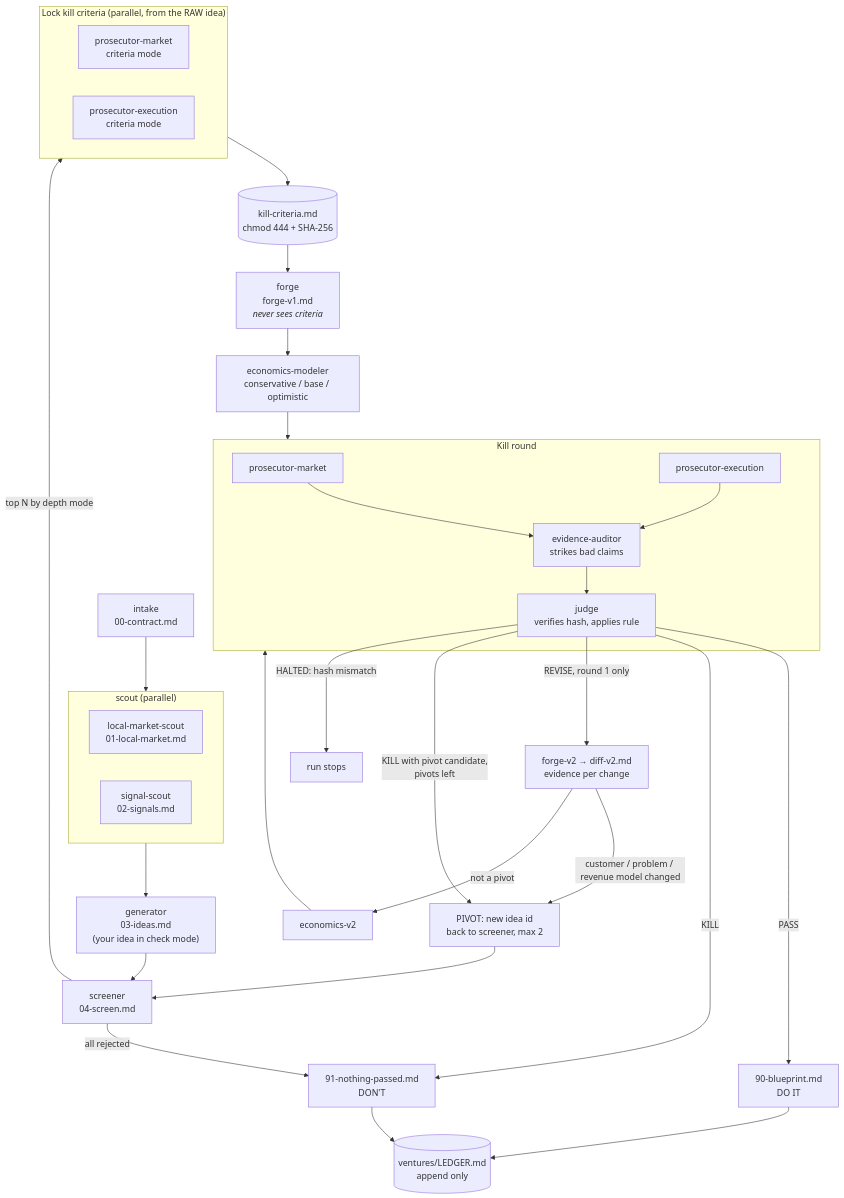
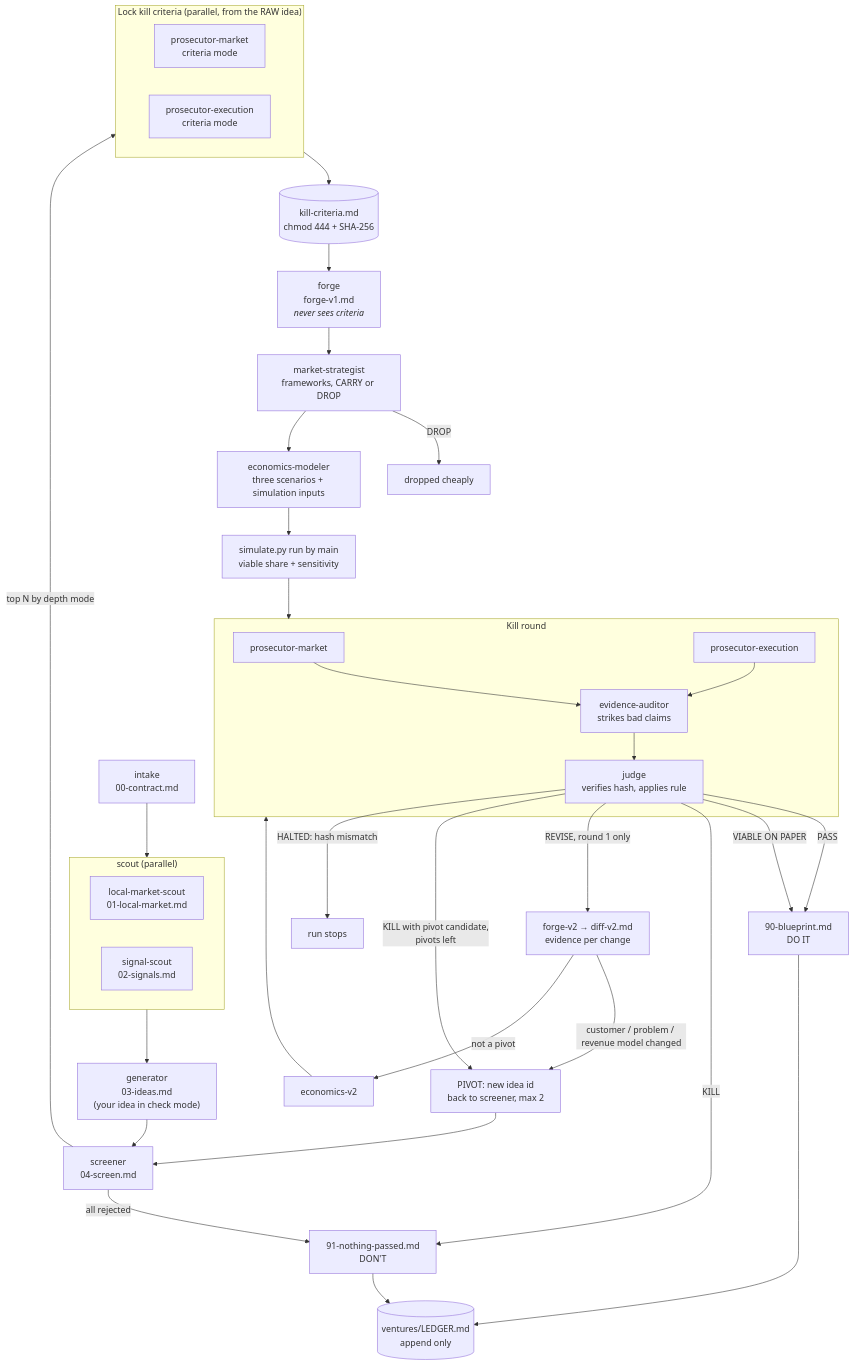
Before and after one commit to ansharora2028-spec/founders-lab: the diagram in README.md, drawn with Mermaid. The commit also changed other lines of this file and 42 other files, not shown here.

First line of the commit message:
v0.5.0: fair to small towns, full framework check, simulation, VIABLE ON PAPER

````diff
--- a/README.md
+++ b/README.md
@@ -172,37 +200,41 @@
 ```mermaid
 flowchart TD
     A["intake<br/>00-contract.md"] --> B
     subgraph B["scout (parallel)"]
         B1[local-market-scout<br/>01-local-market.md]
         B2[signal-scout<br/>02-signals.md]
     end
     B --> C["generator<br/>03-ideas.md<br/>(your idea in check mode)"]
     C --> D[screener<br/>04-screen.md]
     D -->|top N by depth mode| E
     D -->|all rejected| N
     subgraph E["Lock kill criteria (parallel, from the RAW idea)"]
         E1[prosecutor-market<br/>criteria mode]
         E2[prosecutor-execution<br/>criteria mode]
     end
     E --> L[(kill-criteria.md<br/>chmod 444 + SHA-256)]
     L --> F[forge<br/>forge-v1.md<br/><i>never sees criteria</i>]
-    F --> G[economics-modeler<br/>conservative / base / optimistic]
-    G --> K
+    F --> ST[market-strategist<br/>frameworks, CARRY or DROP]
+    ST -->|DROP| DR[dropped cheaply]
+    ST --> G[economics-modeler<br/>three scenarios + simulation inputs]
+    G --> SIM[simulate.py run by main<br/>viable share + sensitivity]
+    SIM --> K
     subgraph K["Kill round"]
         K1[prosecutor-market]
         K2[prosecutor-execution]
         K1 --> K3[evidence-auditor<br/>strikes bad claims]
         K2 --> K3
         K3 --> K4[judge<br/>verifies hash, applies rule]
     end
     K4 -->|PASS| P["90-blueprint.md<br/>DO IT"]
+    K4 -->|VIABLE ON PAPER| P
     K4 -->|KILL| N["91-nothing-passed.md<br/>DON'T"]
     K4 -->|REVISE, round 1 only| R[forge-v2 → diff-v2.md<br/>evidence per change]
     R -->|customer / problem / revenue model changed| PV[PIVOT: new idea id<br/>back to screener, max 2]
     K4 -->|KILL with pivot candidate,<br/>pivots left| PV
     PV --> D
     R -->|not a pivot| G2[economics-v2] --> K
     K4 -->|HALTED: hash mismatch| H[run stops]
     P --> LG[(ventures/LEDGER.md<br/>append only)]
     N --> LG
 ```
````
